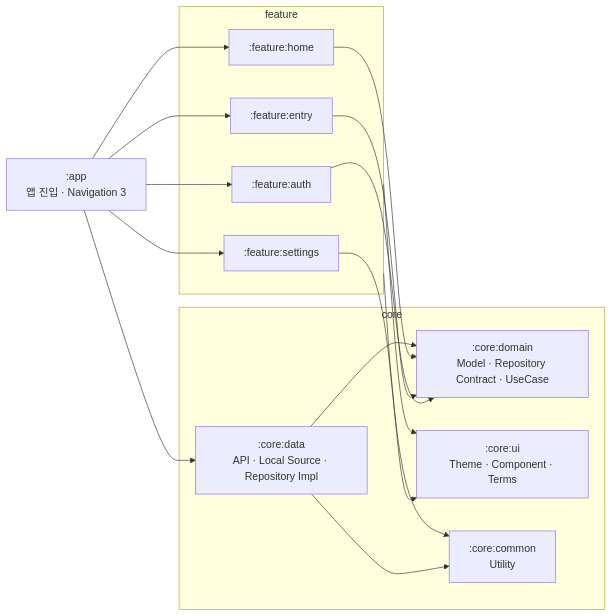
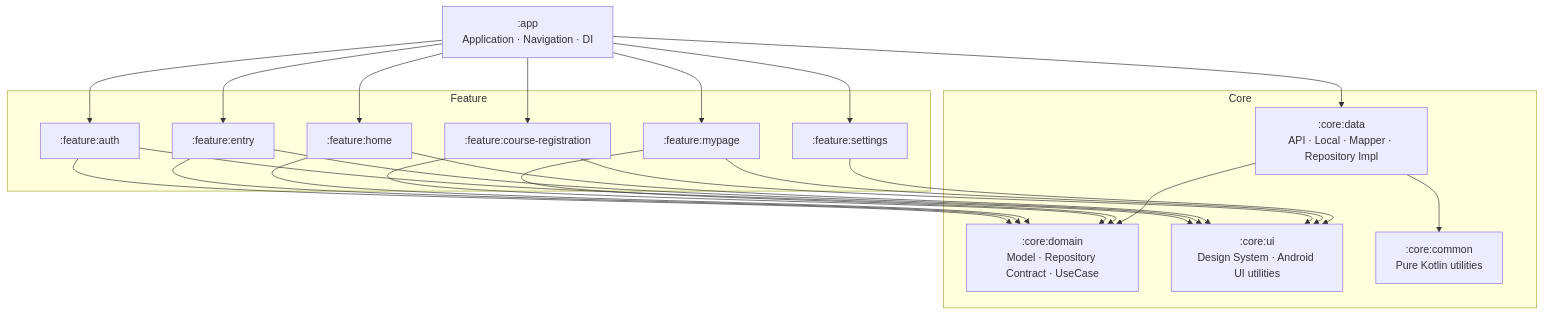
The fifth of 8 diagrams in README.md (Central-MakeUs/Rodi-Android), drawn with Mermaid before and after one commit. The commit also changed other lines of this file, not shown here.

````diff
--- a/README.md
+++ b/README.md
@@ -65,33 +281,44 @@
 ```mermaid
-flowchart LR
-    APP[":app<br/>앱 진입 · Navigation 3"]
+flowchart TB
+    APP[":app<br/>Application · Navigation · DI"]
 
-    subgraph FEATURES["feature"]
+    subgraph FEATURE["Feature"]
         AUTH[":feature:auth"]
         ENTRY[":feature:entry"]
         HOME[":feature:home"]
+        COURSE[":feature:course-registration"]
+        MYPAGE[":feature:mypage"]
         SETTINGS[":feature:settings"]
     end
 
-    subgraph CORE["core"]
+    subgraph CORE["Core"]
         DOMAIN[":core:domain<br/>Model · Repository Contract · UseCase"]
-        DATA[":core:data<br/>API · Local Source · Repository Impl"]
-        UI[":core:ui<br/>Theme · Component · Terms"]
-        COMMON[":core:common<br/>Utility"]
+        DATA[":core:data<br/>API · Local · Mapper · Repository Impl"]
+        UI[":core:ui<br/>Design System · Android UI utilities"]
+        COMMON[":core:common<br/>Pure Kotlin utilities"]
     end
 
     APP --> AUTH
     APP --> ENTRY
     APP --> HOME
+    APP --> COURSE
+    APP --> MYPAGE
     APP --> SETTINGS
     APP --> DATA
 
     AUTH --> DOMAIN
     ENTRY --> DOMAIN
     HOME --> DOMAIN
+    COURSE --> DOMAIN
+    MYPAGE --> DOMAIN
+
+    AUTH --> UI
+    ENTRY --> UI
+    HOME --> UI
+    COURSE --> UI
+    MYPAGE --> UI
     SETTINGS --> UI
-    FEATURES --> UI
-    FEATURES --> COMMON
+
     DATA --> DOMAIN
     DATA --> COMMON
 ```
````
